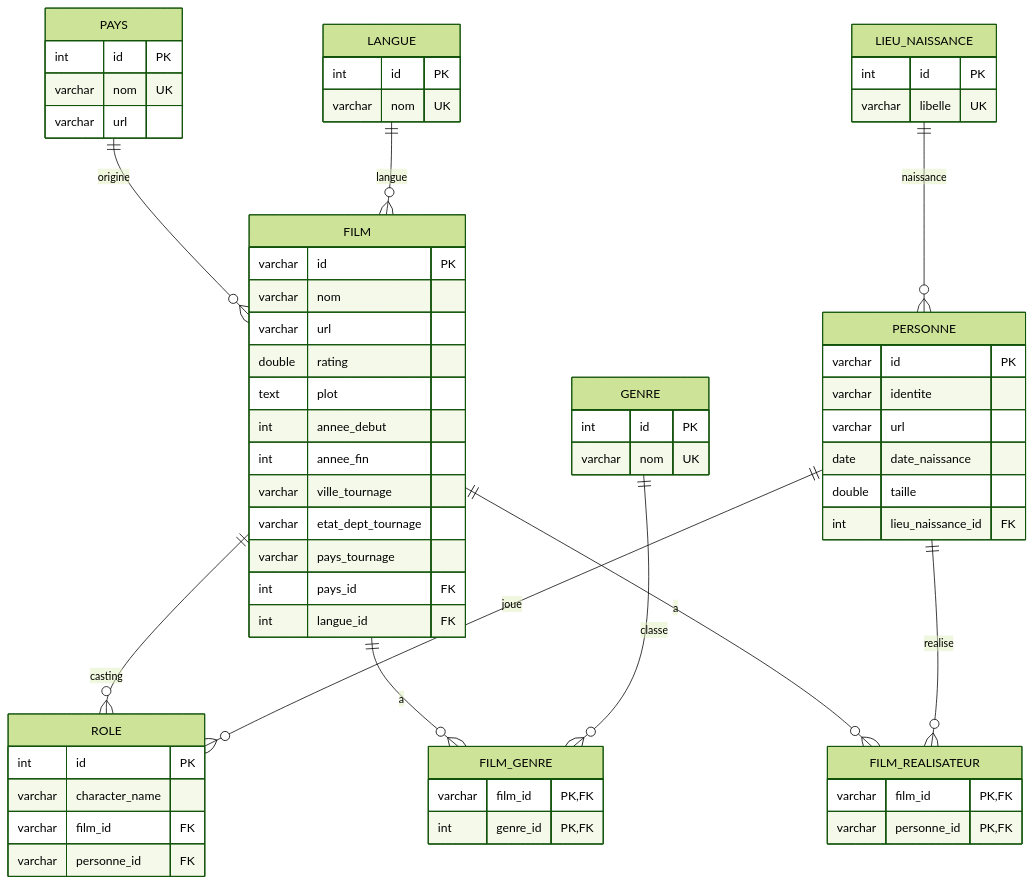
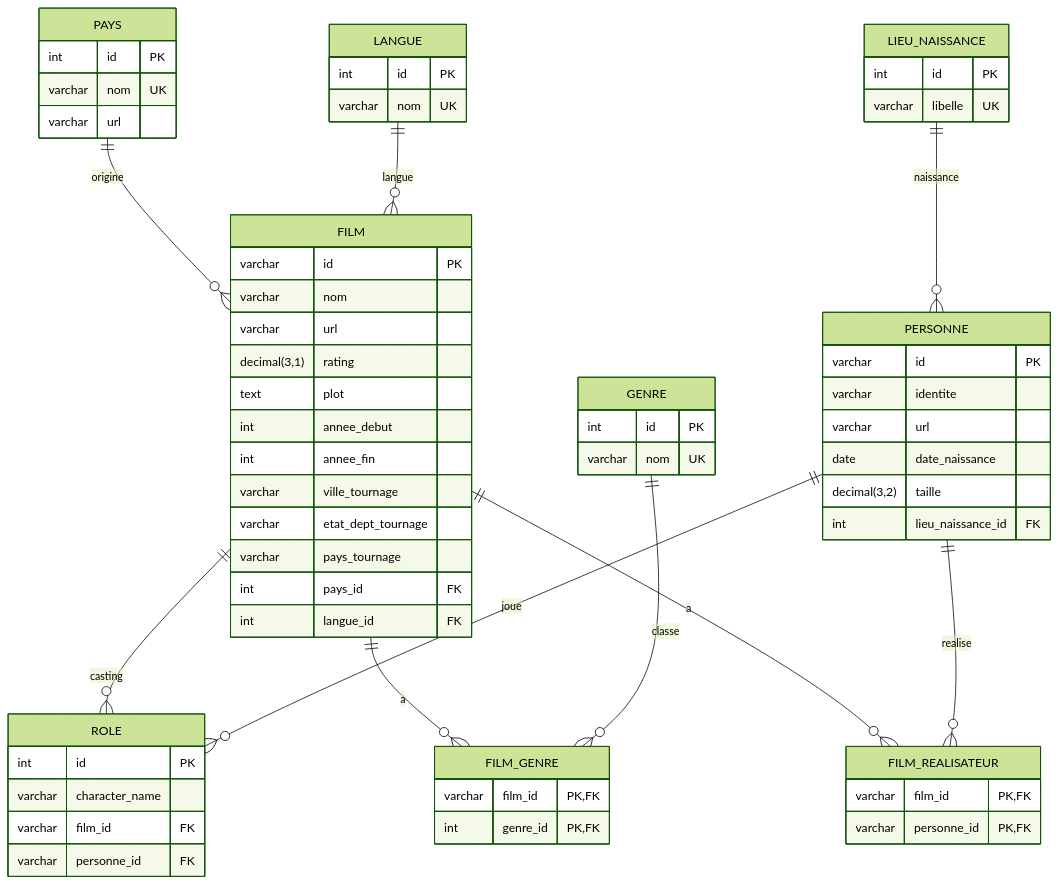
The second of 2 diagrams in conception/document_conception.md (malauzet/projet-jpa), drawn with Mermaid (forest theme) before and after one commit. The commit also changed other lines of this file and 1 other file, not shown here.

Commit message:
Changement des double en decimal en dehors du SQL pour rendre le tout cohérent.

````diff
--- a/conception/document_conception.md
+++ b/conception/document_conception.md
@@ -90,77 +90,77 @@
 ```mermaid
 erDiagram
     FILM {
         varchar id PK
         varchar nom
         varchar url
-        double rating
+        decimal(3,1) rating
         text plot
         int annee_debut
         int annee_fin
         varchar ville_tournage
         varchar etat_dept_tournage
         varchar pays_tournage
         int pays_id FK
         int langue_id FK
     }
 
     PAYS {
         int id PK
         varchar nom UK
         varchar url
     }
 
     LANGUE {
         int id PK
         varchar nom UK
     }
 
     GENRE {
         int id PK
         varchar nom UK
     }
 
     PERSONNE {
         varchar id PK
         varchar identite
         varchar url
         date date_naissance
-        double taille
+        decimal(3,2) taille
         int lieu_naissance_id FK
     }
 
     LIEU_NAISSANCE {
         int id PK
         varchar libelle UK
     }
 
     ROLE {
         int id PK
         varchar character_name
         varchar film_id FK
         varchar personne_id FK
     }
 
     FILM_GENRE {
         varchar film_id PK,FK
         int genre_id PK,FK
     }
 
     FILM_REALISATEUR {
         varchar film_id PK,FK
         varchar personne_id PK,FK
     }
 
     PAYS ||--o{ FILM : origine
     LANGUE ||--o{ FILM : langue
     LIEU_NAISSANCE ||--o{ PERSONNE : naissance
 
     FILM ||--o{ ROLE : casting
     PERSONNE ||--o{ ROLE : joue
 
     FILM ||--o{ FILM_GENRE : a
     GENRE ||--o{ FILM_GENRE : classe
 
     FILM ||--o{ FILM_REALISATEUR : a
     PERSONNE ||--o{ FILM_REALISATEUR : realise
 ```
````
